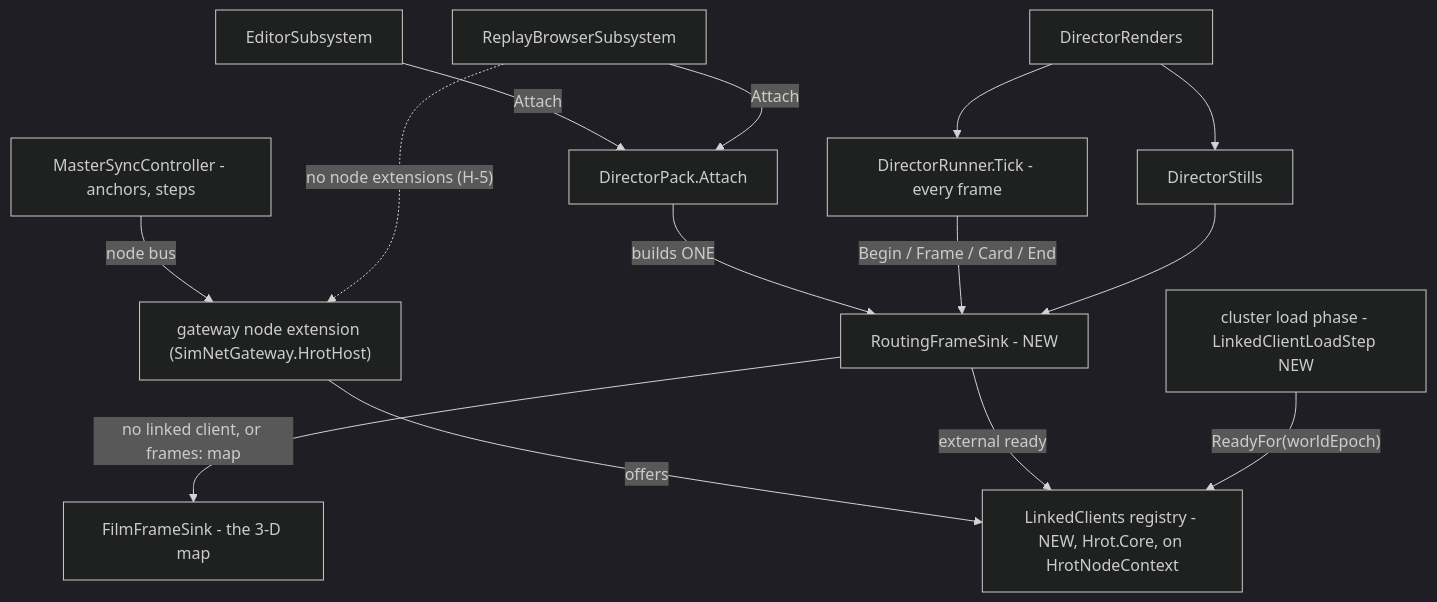
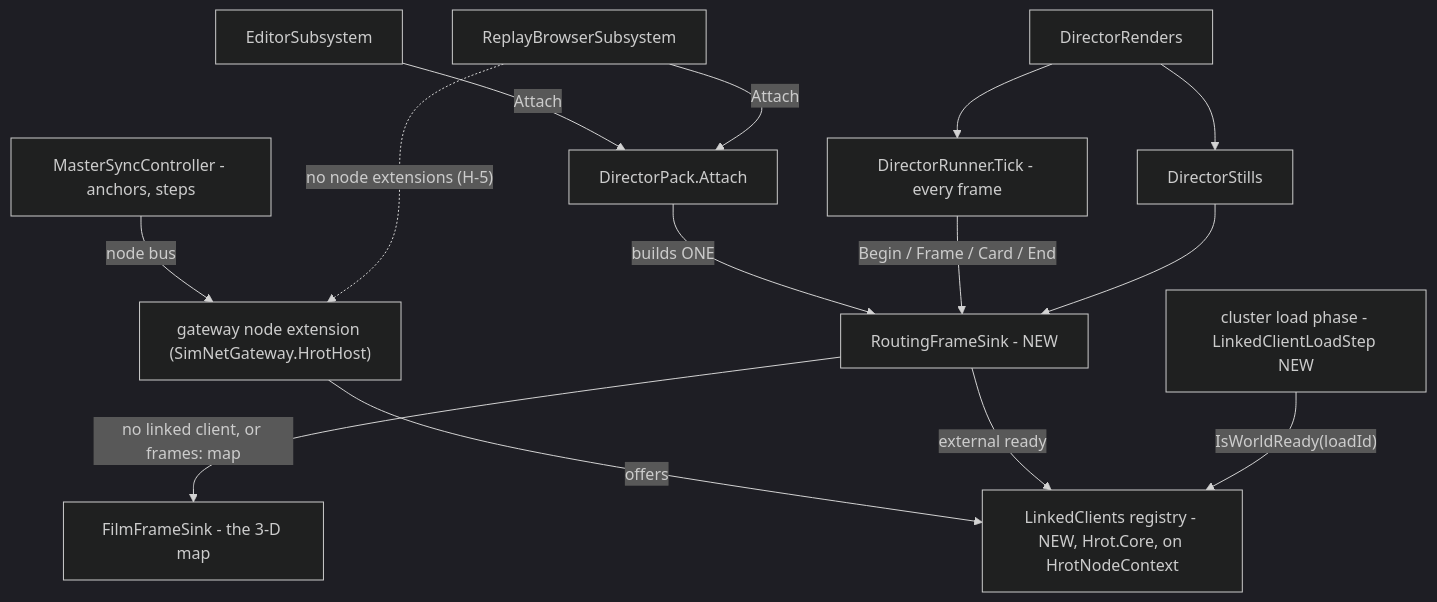
Before and after one commit to pjanec/HROT: the first of 5 diagrams in docs/designs/IG/DESIGN_Linked_Client_Director.md, drawn with Mermaid (dark theme). The commit also changed other lines of this file and 1 other file, not shown here.

First line of the commit message:
CE-11026: the linked client in every load - BeginWorld/IsWorldReady (no stale-world race), the registry on HrotNodeContext, the step composed for every ECS host beside the map's

````diff
--- a/docs/designs/IG/DESIGN_Linked_Client_Director.md
+++ b/docs/designs/IG/DESIGN_Linked_Client_Director.md
@@ -54,16 +54,16 @@
 ```mermaid
 graph TD
   EXT["gateway node extension (SimNetGateway.HrotHost)"] -->|"offers"| REG["LinkedClients registry - NEW, Hrot.Core, on HrotNodeContext"]
   ED["EditorSubsystem"] -->|"Attach"| DP["DirectorPack.Attach"]
   RB["ReplayBrowserSubsystem"] -->|"Attach"| DP
   DP -->|"builds ONE"| RS["RoutingFrameSink - NEW"]
   RS -->|"no linked client, or frames: map"| FS["FilmFrameSink - the 3-D map"]
   RS -->|"external ready"| REG
   R["DirectorRunner.Tick - every frame"] -->|"Begin / Frame / Card / End"| RS
   ST["DirectorStills"] --> RS
   Q["DirectorRenders"] --> R
   Q --> ST
   CLK["MasterSyncController - anchors, steps"] -->|"node bus"| EXT
   RB -.->|"no node extensions (H-5)"| EXT
-  LP["cluster load phase - LinkedClientLoadStep NEW"] -->|"ReadyFor(worldEpoch)"| REG
+  LP["cluster load phase - LinkedClientLoadStep NEW"] -->|"IsWorldReady(loadId)"| REG
 ```
````
